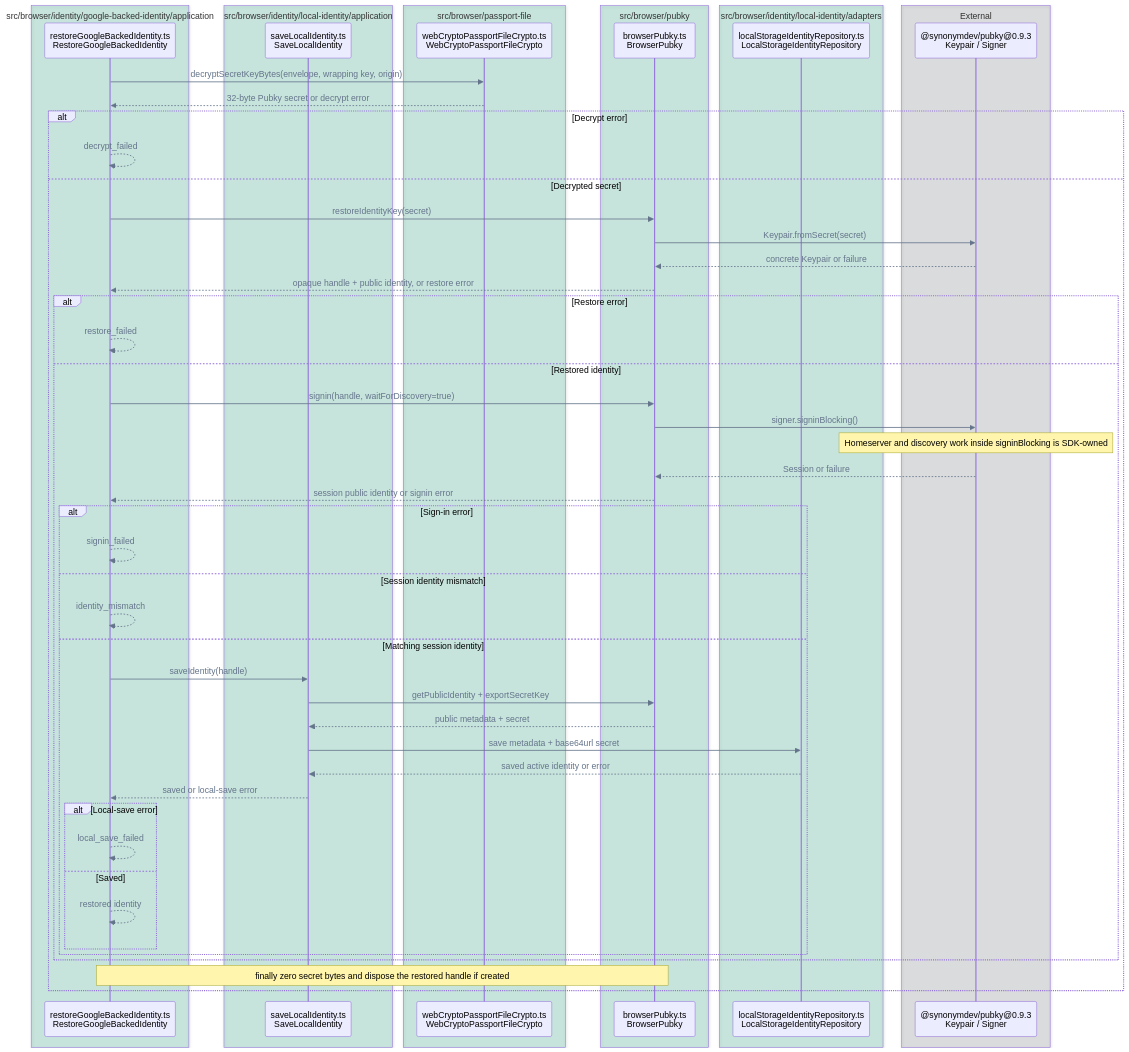
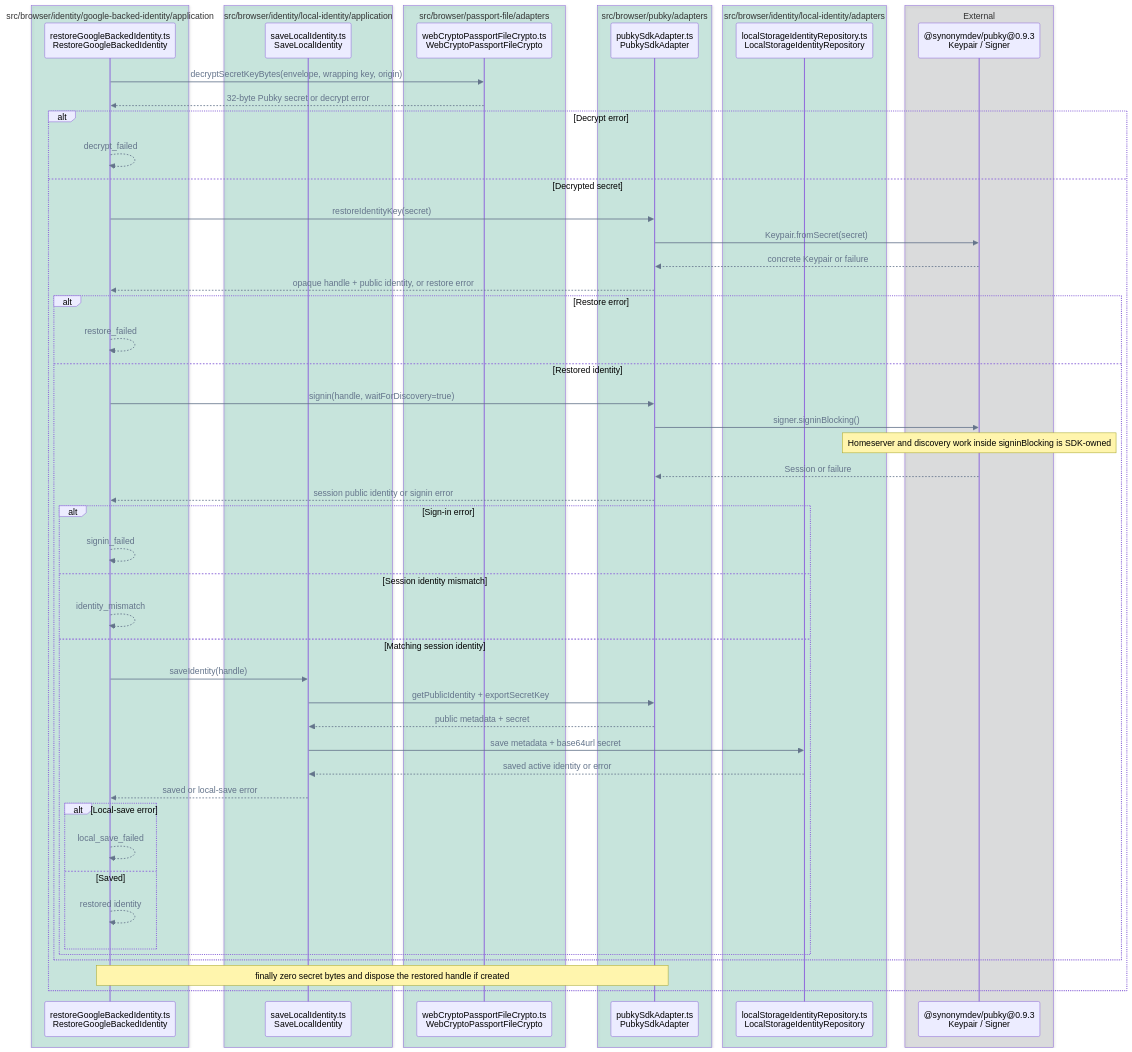
The ninth of 14 diagrams in FLOWS.md (pubky/pubky-passport), drawn with Mermaid before and after one commit. The commit also changed other lines of this file and 50 other files, not shown here.

````diff
--- a/FLOWS.md
+++ b/FLOWS.md
@@ -436,62 +442,62 @@
 ```mermaid
 %%{init: {"themeVariables": {"signalColor": "#64748B", "signalTextColor": "#64748B"}}}%%
 sequenceDiagram
     accTitle: Existing identity restore call flow
-    accDescr: Browser crypto decrypts the Drive envelope, BrowserPubky signs in with the restored key, and only a matching activated identity is saved locally; failures stop before later stages and cleanup runs after decryption succeeds.
+    accDescr: Browser crypto decrypts the Drive envelope, PubkySdkAdapter signs in with the restored key, and only a matching activated identity is saved locally; failures stop before later stages and cleanup runs after decryption succeeds.
     box rgba(0, 158, 115, 0.18) src/browser/identity/google-backed-identity/application
         participant Restore as restoreGoogleBackedIdentity.ts<br/>RestoreGoogleBackedIdentity
     end
     box rgba(0, 158, 115, 0.18) src/browser/identity/local-identity/application
         participant Local as saveLocalIdentity.ts<br/>SaveLocalIdentity
     end
-    box rgba(0, 158, 115, 0.18) src/browser/passport-file
+    box rgba(0, 158, 115, 0.18) src/browser/passport-file/adapters
         participant Crypto as webCryptoPassportFileCrypto.ts<br/>WebCryptoPassportFileCrypto
     end
-    box rgba(0, 158, 115, 0.18) src/browser/pubky
-        participant Pubky as browserPubky.ts<br/>BrowserPubky
+    box rgba(0, 158, 115, 0.18) src/browser/pubky/adapters
+        participant Pubky as pubkySdkAdapter.ts<br/>PubkySdkAdapter
     end
     box rgba(0, 158, 115, 0.18) src/browser/identity/local-identity/adapters
         participant Repo as localStorageIdentityRepository.ts<br/>LocalStorageIdentityRepository
     end
     box rgba(17, 24, 39, 0.12) External
         participant SDK as @synonymdev/pubky@0.9.3<br/>Keypair / Signer
     end
 
     Restore->>Crypto: decryptSecretKeyBytes(envelope, wrapping key, origin)
     Crypto-->>Restore: 32-byte Pubky secret or decrypt error
     alt Decrypt error
         Restore-->>Restore: decrypt_failed
     else Decrypted secret
         Restore->>Pubky: restoreIdentityKey(secret)
         Pubky->>SDK: Keypair.fromSecret(secret)
         SDK-->>Pubky: concrete Keypair or failure
         Pubky-->>Restore: opaque handle + public identity, or restore error
         alt Restore error
             Restore-->>Restore: restore_failed
         else Restored identity
             Restore->>Pubky: signin(handle, waitForDiscovery=true)
             Pubky->>SDK: signer.signinBlocking()
             Note over SDK: Homeserver and discovery work inside signinBlocking is SDK-owned
             SDK-->>Pubky: Session or failure
             Pubky-->>Restore: session public identity or signin error
             alt Sign-in error
                 Restore-->>Restore: signin_failed
             else Session identity mismatch
                 Restore-->>Restore: identity_mismatch
             else Matching session identity
                 Restore->>Local: saveIdentity(handle)
                 Local->>Pubky: getPublicIdentity + exportSecretKey
                 Pubky-->>Local: public metadata + secret
                 Local->>Repo: save metadata + base64url secret
                 Repo-->>Local: saved active identity or error
                 Local-->>Restore: saved or local-save error
                 alt Local-save error
                     Restore-->>Restore: local_save_failed
                 else Saved
                     Restore-->>Restore: restored identity
                 end
             end
         end
         Note over Restore,Pubky: finally zero secret bytes and dispose the restored handle if created
     end
 ```
````
